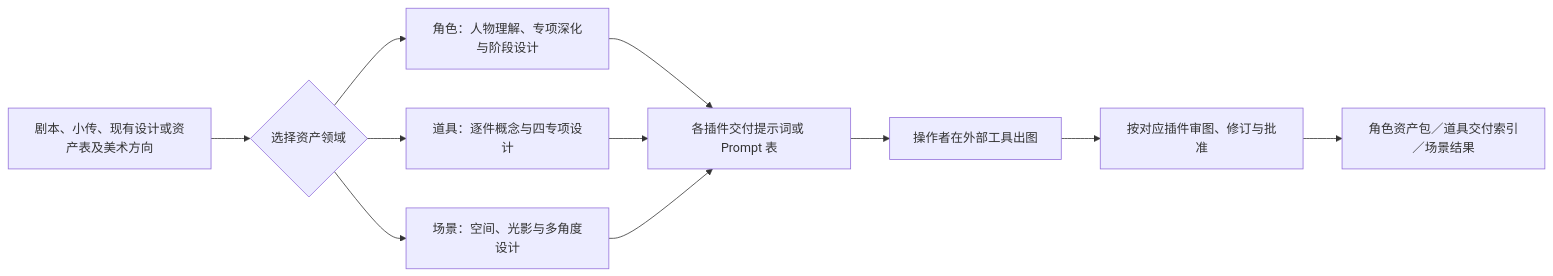
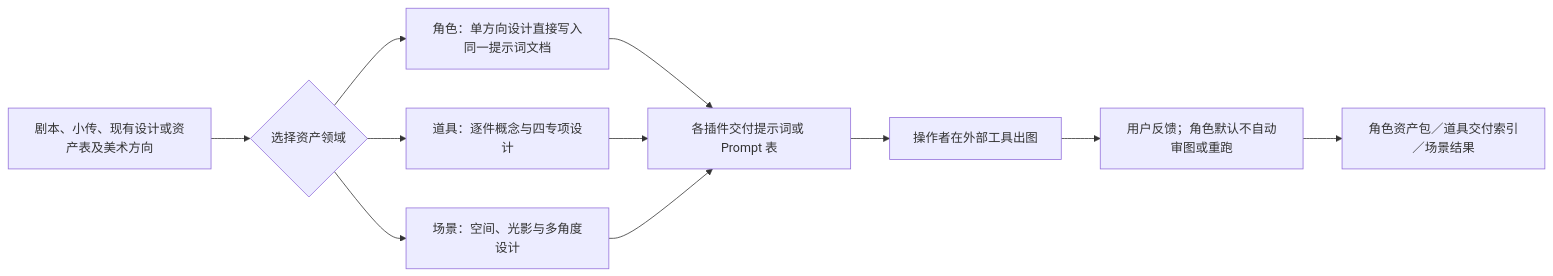
One commit to kaibaoxiang-studio/ZiChan changed the first of 3 diagrams in README.md. Above: the diagram before and after it, drawn with Mermaid. The commit also changed other lines of this file and 71 other files, not shown here.

````diff
--- a/README.md
+++ b/README.md
@@ -62,13 +62,13 @@
 ```mermaid
 flowchart LR
     A["剧本、小传、现有设计或资产表及美术方向"] --> B{"选择资产领域"}
-    B --> C["角色：人物理解、专项深化与阶段设计"]
+    B --> C["角色：单方向设计直接写入同一提示词文档"]
     B --> D["道具：逐件概念与四专项设计"]
     B --> E["场景：空间、光影与多角度设计"]
     C --> F["各插件交付提示词或 Prompt 表"]
     D --> F
     E --> F
     F --> G["操作者在外部工具出图"]
-    G --> H["按对应插件审图、修订与批准"]
+    G --> H["用户反馈；角色默认不自动审图或重跑"]
     H --> I["角色资产包／道具交付索引／场景结果"]
 ```
````
